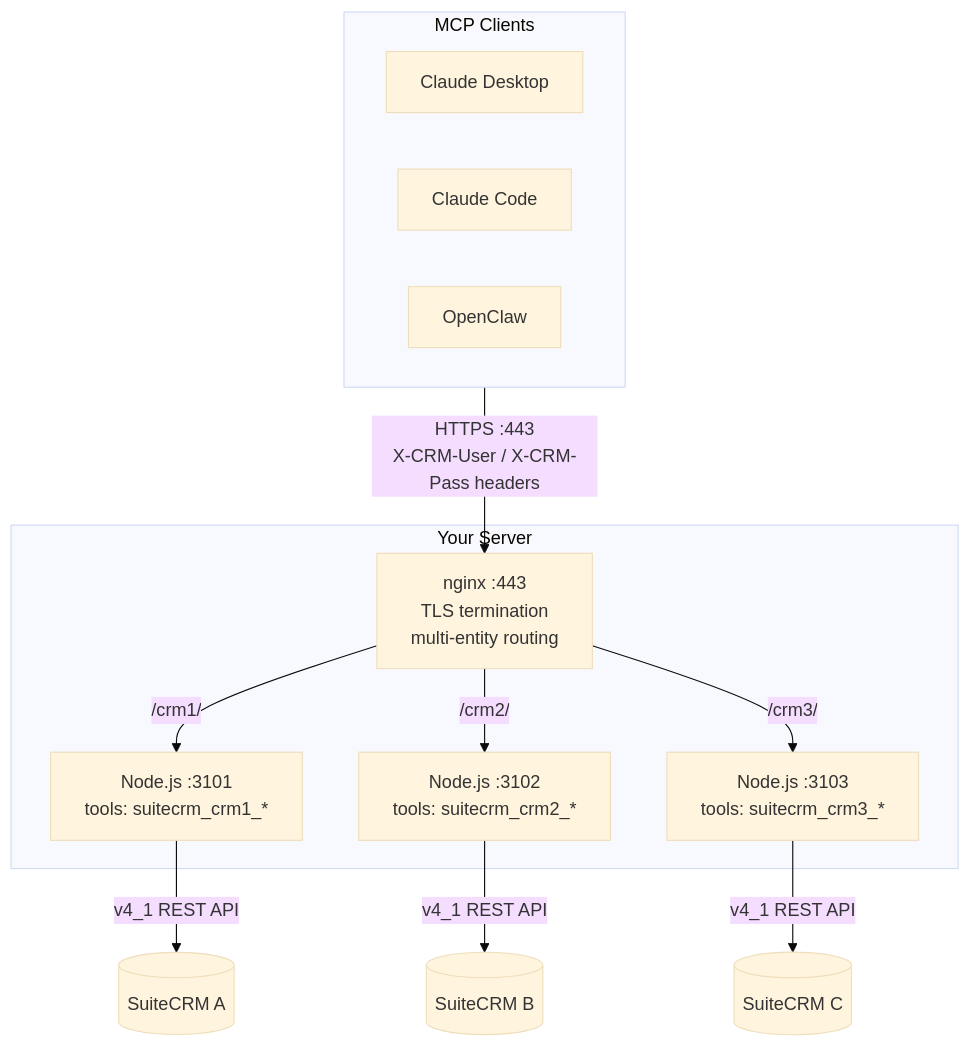
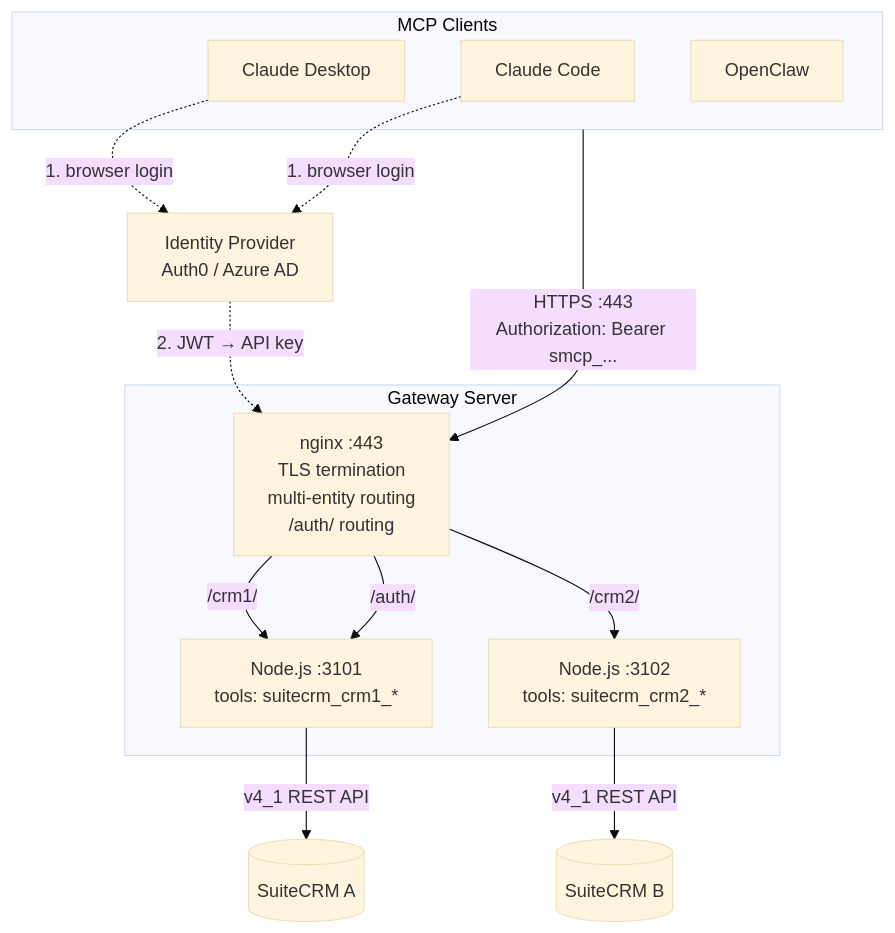
One commit to Anirudhx7/suitecrm-mcp changed the first of 2 diagrams in README.md. Above: the diagram before and after it, drawn with Mermaid (base theme). The commit also changed other lines of this file and 15 other files, not shown here.

First line of the commit message:
feat: v3.0.0 - OAuth2/OIDC auth, gateway-issued API keys, no client credentials

````diff
--- a/README.md
+++ b/README.md
@@ -44,22 +46,25 @@
 ```mermaid
 flowchart TB
+    IdP["Identity Provider\nAuth0 / Azure AD"]
+
     subgraph Clients["MCP Clients"]
         CD["Claude Desktop"]
         CC["Claude Code"]
         OC["OpenClaw"]
     end
 
-    Clients -->|"HTTPS :443\nX-CRM-User / X-CRM-Pass headers"| NX
+    Clients -->|"HTTPS :443\nAuthorization: Bearer smcp_..."| NX
+    CD & CC -.->|"1. browser login"| IdP
+    IdP -.->|"2. JWT → API key"| NX
 
-    subgraph Server["Your Server"]
-        NX["nginx :443\nTLS termination\nmulti-entity routing"]
+    subgraph Server["Gateway Server"]
+        NX["nginx :443\nTLS termination\nmulti-entity routing\n/auth/ routing"]
 
         NX -->|"/crm1/"| N1["Node.js :3101\ntools: suitecrm_crm1_*"]
         NX -->|"/crm2/"| N2["Node.js :3102\ntools: suitecrm_crm2_*"]
-        NX -->|"/crm3/"| N3["Node.js :3103\ntools: suitecrm_crm3_*"]
+        NX -->|"/auth/"| N1
     end
 
     N1 -->|"v4_1 REST API"| S1[("SuiteCRM A")]
     N2 -->|"v4_1 REST API"| S2[("SuiteCRM B")]
-    N3 -->|"v4_1 REST API"| S3[("SuiteCRM C")]
 ```
````
